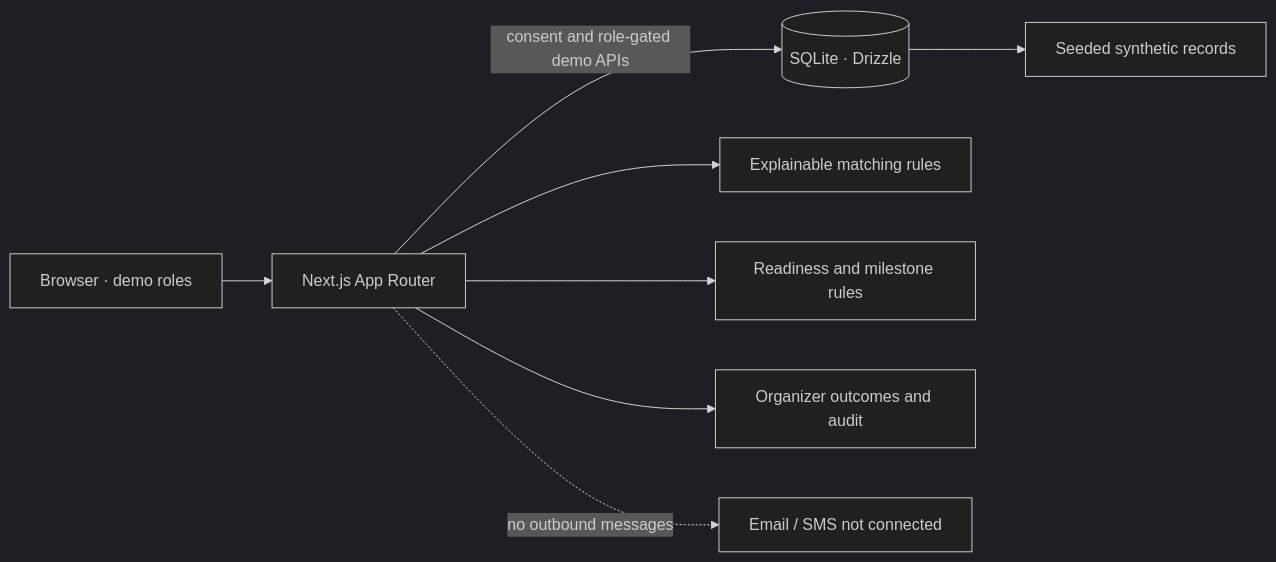
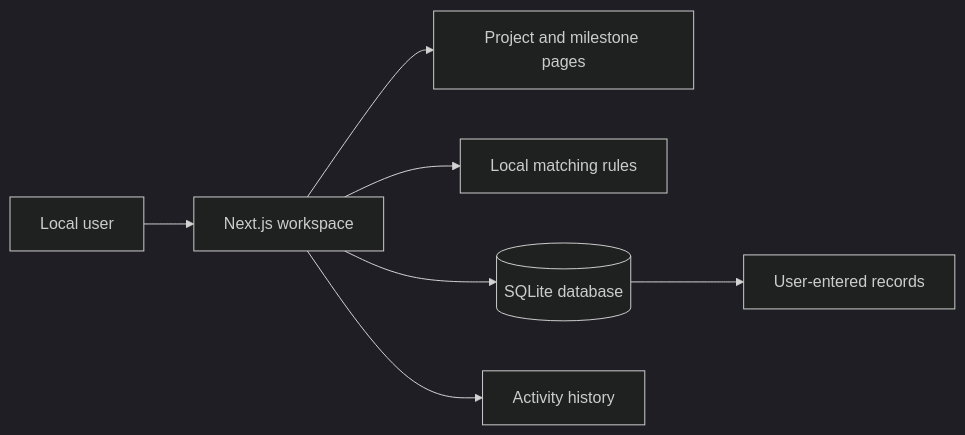
One commit to omsenjalia/hackpreneur changed the diagram in README.md. Above: the diagram before and after it, drawn with Mermaid (dark theme). The commit also changed other lines of this file and 49 other files, not shown here.

Commit message:
Revise local workspace and remove seeded demo data

````diff
--- a/README.md
+++ b/README.md
@@ -82,10 +70,9 @@
 ```mermaid
 flowchart LR
-  B[Browser · demo roles] --> N[Next.js App Router]
-  N -->|consent and role-gated demo APIs| D[(SQLite · Drizzle)]
-  N --> M[Explainable matching rules]
-  N --> R[Readiness and milestone rules]
-  N --> O[Organizer outcomes and audit]
-  N -. no outbound messages .-> X[Email / SMS not connected]
-  D --> S[Seeded synthetic records]
+  U[Local user] --> W[Next.js workspace]
+  W --> P[Project and milestone pages]
+  W --> M[Local matching rules]
+  W --> D[(SQLite database)]
+  W --> A[Activity history]
+  D --> R[User-entered records]
 ```
````
